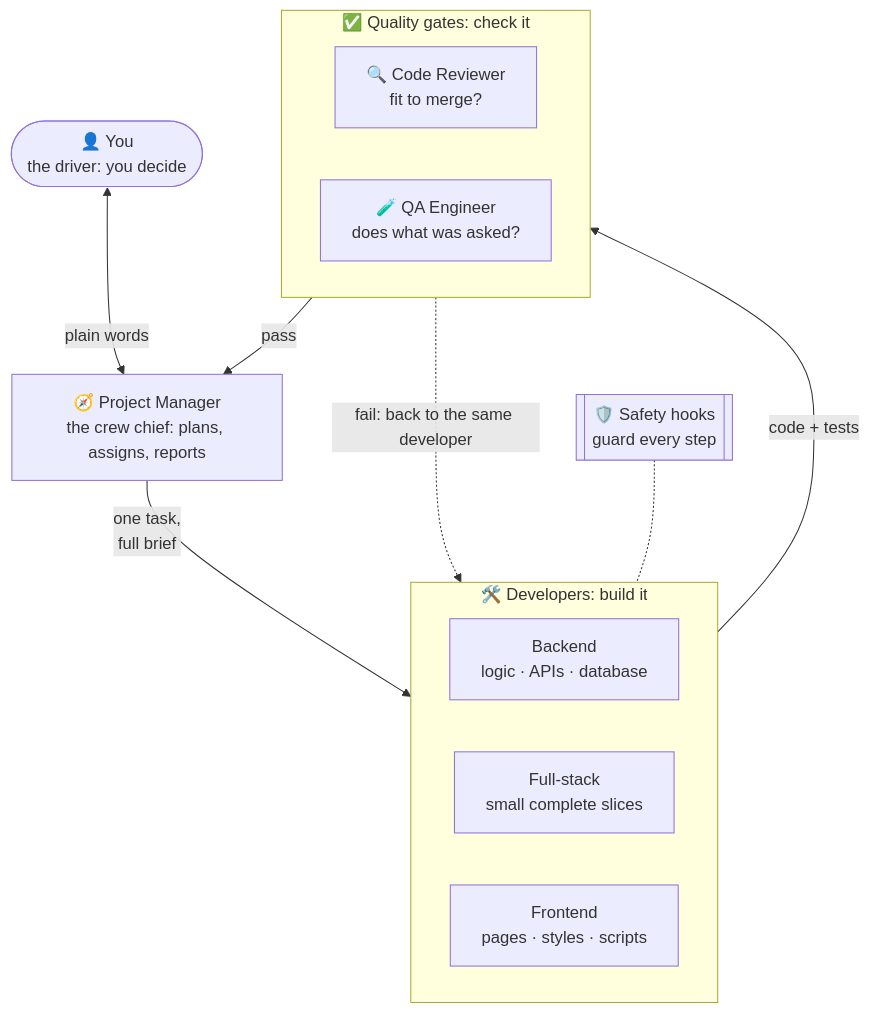
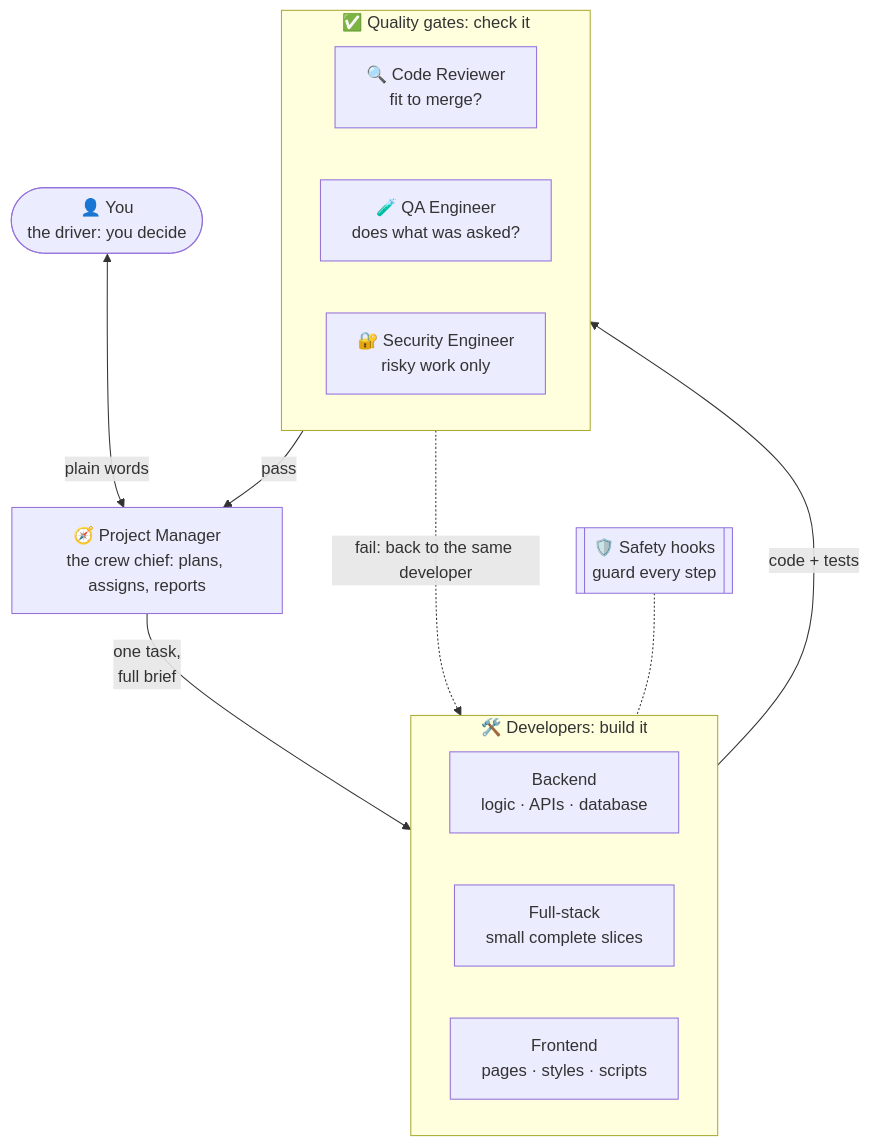
One commit to pitcrew-dev/pitcrew changed the first of 4 diagrams in README.md. Above: the diagram before and after it, drawn with Mermaid. The commit also changed other lines of this file and 5 other files, not shown here.

Commit message:
docs: the security engineer in the README and changelog, and 2.2.0

````diff
--- a/README.md
+++ b/README.md
@@ -57,27 +57,28 @@
 ```mermaid
 flowchart TD
     YOU(["👤 You<br/>the driver: you decide"])
     PM["🧭 Project Manager<br/>the crew chief: plans, assigns, reports"]
 
     subgraph BUILD ["🛠️ Developers: build it"]
         direction LR
         BE["Backend<br/>logic · APIs · database"]
         FS["Full-stack<br/>small complete slices"]
         FE["Frontend<br/>pages · styles · scripts"]
     end
 
     subgraph CHECK ["✅ Quality gates: check it"]
         direction LR
         CR["🔍 Code Reviewer<br/>fit to merge?"]
         QA["🧪 QA Engineer<br/>does what was asked?"]
+        SE["🔐 Security Engineer<br/>risky work only"]
     end
 
     HOOKS[["🛡️ Safety hooks<br/>guard every step"]]
 
     YOU <-->|"plain words"| PM
     PM -->|"one task,<br/>full brief"| BUILD
     BUILD -->|"code + tests"| CHECK
     CHECK -->|"pass"| PM
     CHECK -.->|"fail: back to the same developer"| BUILD
     HOOKS -.- BUILD
 ```
````
